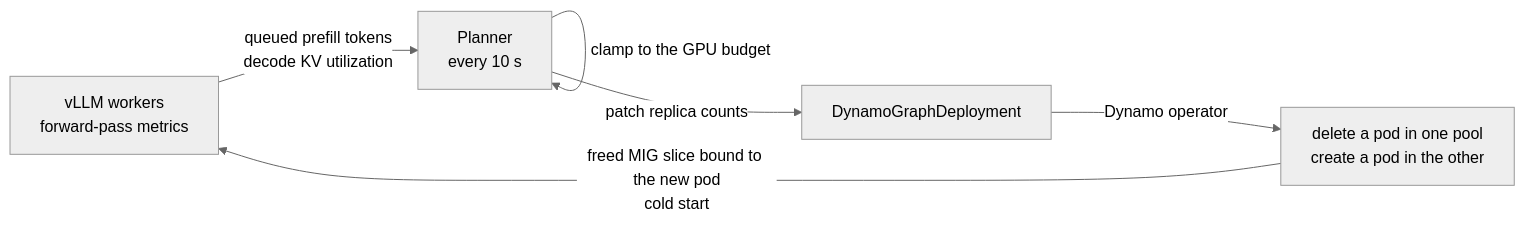
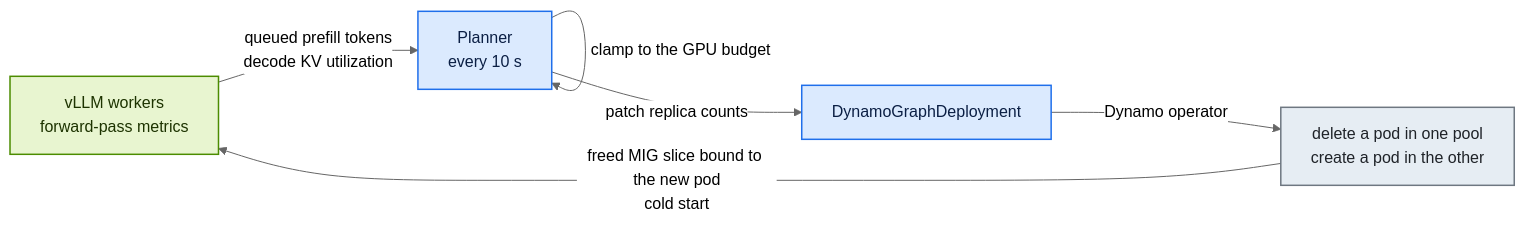
The diagram in docs/05-autoscaling-and-mig.md (richajoy/dynamo-inference-lab), drawn with Mermaid (neutral theme) before and after one commit. The commit also changed 12 other files, not shown here.

First line of the commit message:
Polish: colour-coded diagrams, animated explainers, badges, Apache-2.0 license

````diff
--- a/docs/05-autoscaling-and-mig.md
+++ b/docs/05-autoscaling-and-mig.md
@@ -35,8 +35,17 @@
 ```mermaid
 flowchart LR
     W[vLLM workers<br/>forward-pass metrics] -->|queued prefill tokens<br/>decode KV utilization| PL[Planner<br/>every 10 s]
     PL -->|clamp to the GPU budget| PL
     PL -->|patch replica counts| DGD[DynamoGraphDeployment]
     DGD -->|Dynamo operator| K8s[delete a pod in one pool<br/>create a pod in the other]
     K8s -->|freed MIG slice bound to the new pod<br/>cold start| W
+    classDef client fill:#eef1f4,stroke:#57606a,color:#1f2328,stroke-width:1.5px
+    classDef dynamo fill:#dbeafe,stroke:#1f6feb,color:#0b1f44,stroke-width:1.5px
+    classDef gpu fill:#e8f5d0,stroke:#4c8c00,color:#1d3300,stroke-width:1.5px
+    classDef kv fill:#efe4ff,stroke:#8250df,color:#2d0f5c,stroke-width:1.5px
+    classDef platform fill:#e6edf3,stroke:#6e7781,color:#1f2328,stroke-width:1.5px
+    classDef obs fill:#fff4d6,stroke:#bf8700,color:#3d2a00,stroke-width:1.5px
+    class W gpu
+    class PL,DGD dynamo
+    class K8s platform
 ```
````
